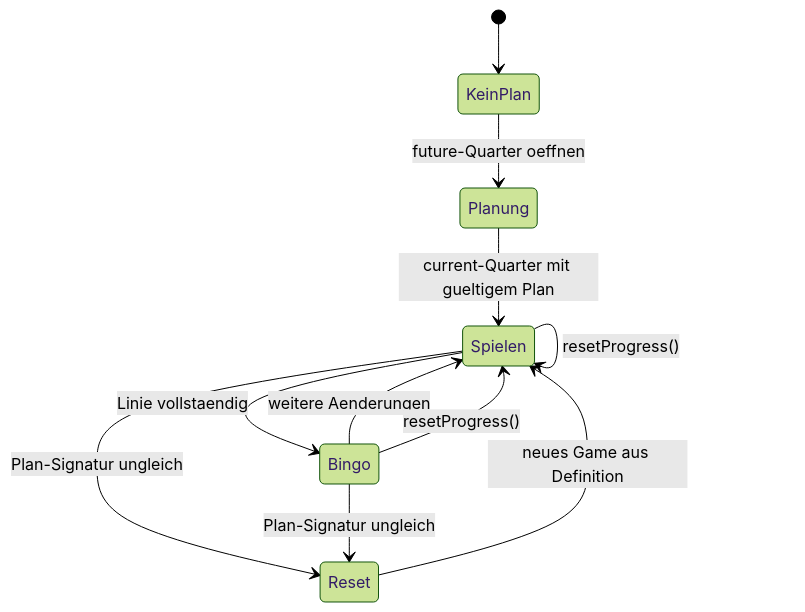
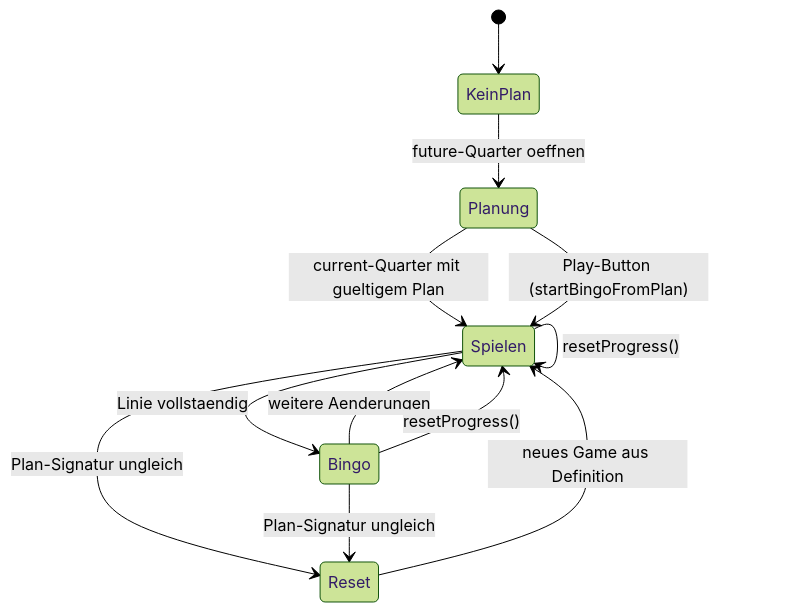
One commit to flingoflux/knitting-quarterly-bingo changed the eighth of 12 diagrams in docs/arc42.md. Above: the diagram before and after it, drawn with Mermaid (forest theme). The commit also changed other lines of this file and 2 other files, not shown here.

First line of the commit message:
docs: update README, arc42 and how-it-works for play button feature

````diff
--- a/docs/arc42.md
+++ b/docs/arc42.md
@@ -371,17 +410,19 @@
 ```mermaid
 stateDiagram-v2
   [*] --> KeinPlan
 
   KeinPlan --> Planung: future-Quarter oeffnen
   Planung --> Spielen: current-Quarter mit gueltigem Plan
 
   Spielen --> Bingo: Linie vollstaendig
   Bingo --> Spielen: weitere Aenderungen
 
   Spielen --> Reset: Plan-Signatur ungleich
   Bingo --> Reset: Plan-Signatur ungleich
   Reset --> Spielen: neues Game aus Definition
 
   Spielen --> Spielen: resetProgress()
   Bingo --> Spielen: resetProgress()
+
+  Planung --> Spielen: Play-Button (startBingoFromPlan)
 ```
````
